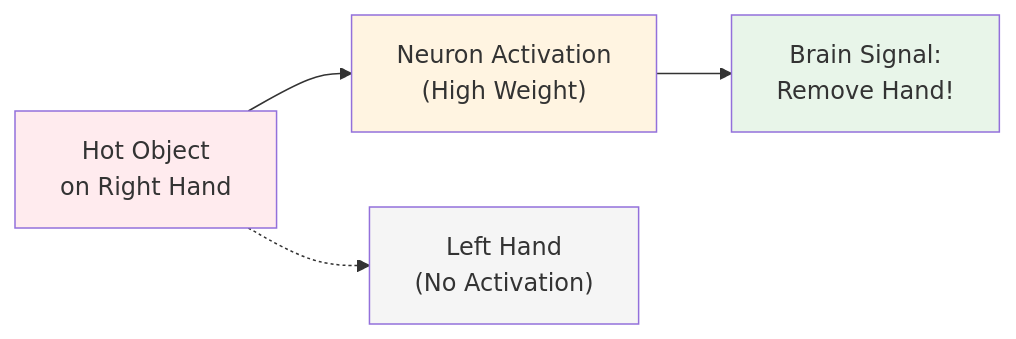
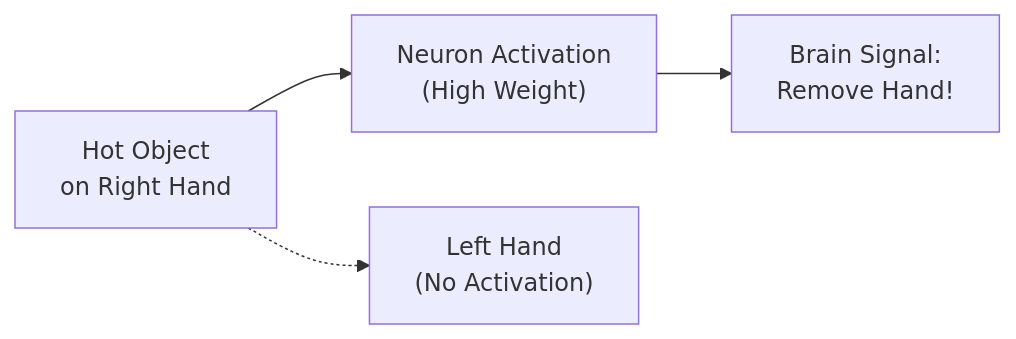
The third of 5 diagrams in DL Revision/02-Perceptron-and-Neural-Networks.md (nishant-iith/Learning-AI-ML), drawn with Mermaid before and after one commit. The commit also changed other lines of this file, not shown here.

First line of the commit message:
Remove color styling from mermaid diagrams in Chapter 2

````diff
--- a/DL Revision/02-Perceptron-and-Neural-Networks.md
+++ b/DL Revision/02-Perceptron-and-Neural-Networks.md
@@ -87,11 +77,6 @@
 ```mermaid
 graph LR
     A["Hot Object<br/>on Right Hand"] --> B["Neuron Activation<br/>(High Weight)"]
     A -.-> C["Left Hand<br/>(No Activation)"]
     B --> D["Brain Signal:<br/>Remove Hand!"]
-
-    style A fill:#ffebee
-    style B fill:#fff4e1
-    style C fill:#f5f5f5
-    style D fill:#e8f5e9
 ```
````
